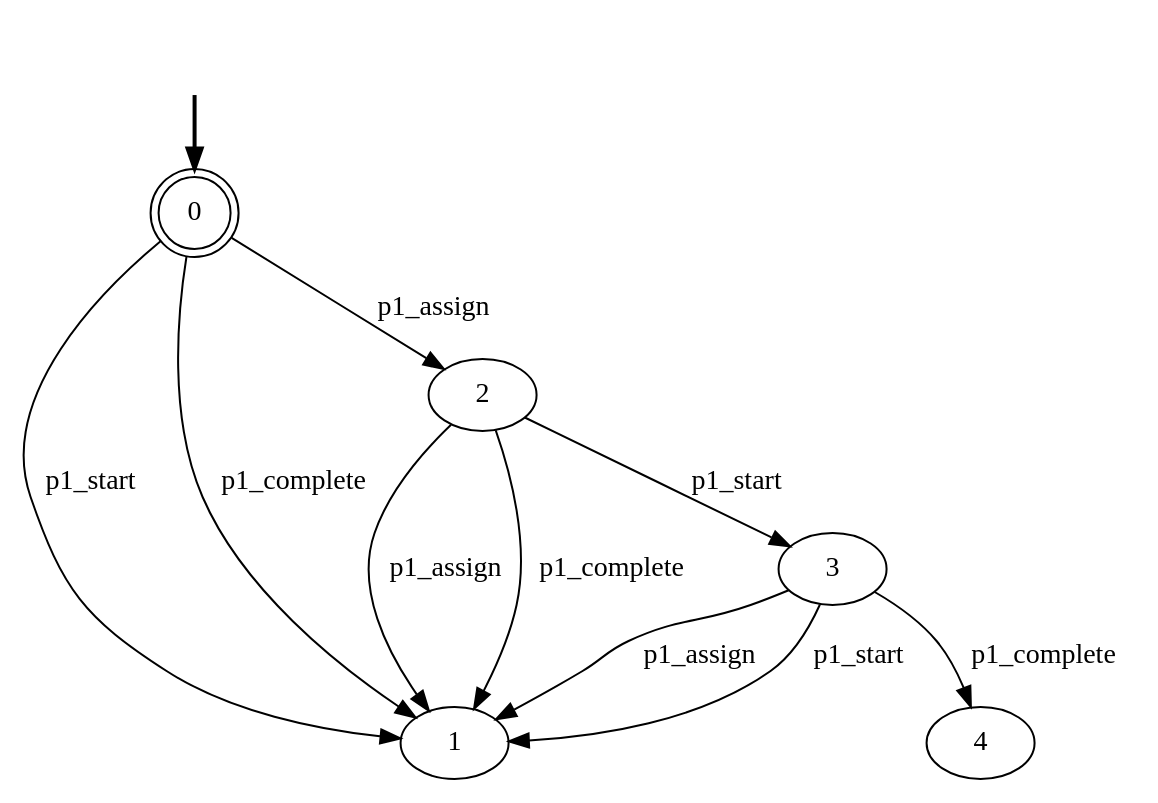
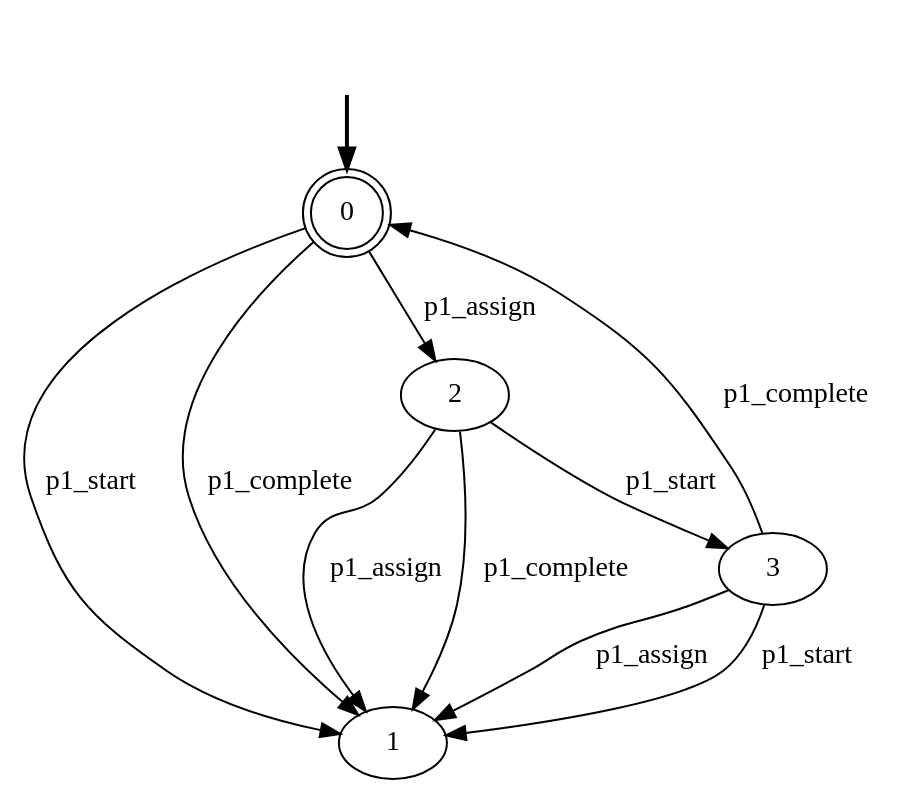
The diagram in out/production/Aligner/lifecycle/p1__lifecycle.dot (GianmarcoBordin/pddlTranslator), drawn with Graphviz before and after one commit. The commit also changed 101 other files, not shown here.

```diff
--- a/out/production/Aligner/lifecycle/p1__lifecycle.dot
+++ b/out/production/Aligner/lifecycle/p1__lifecycle.dot
@@ -1,17 +1,17 @@
 digraph {
 	fake0 [style=invisible]
 	0 [root=true] [shape=doublecircle]
 	1
 	2
 	3
 	fake0 -> 0 [style=bold]
 	2 -> 1 [label=p1_assign]
 	2 -> 3 [label=p1_start]
 	2 -> 1 [label=p1_complete]
 	3 -> 1 [label=p1_assign]
 	3 -> 1 [label=p1_start]
-	3 -> 4 [label=p1_complete]
+	3 -> 0 [label=p1_complete]
 	0 -> 2 [label=p1_assign]
 	0 -> 1 [label=p1_start]
 	0 -> 1 [label=p1_complete]
 }
```
